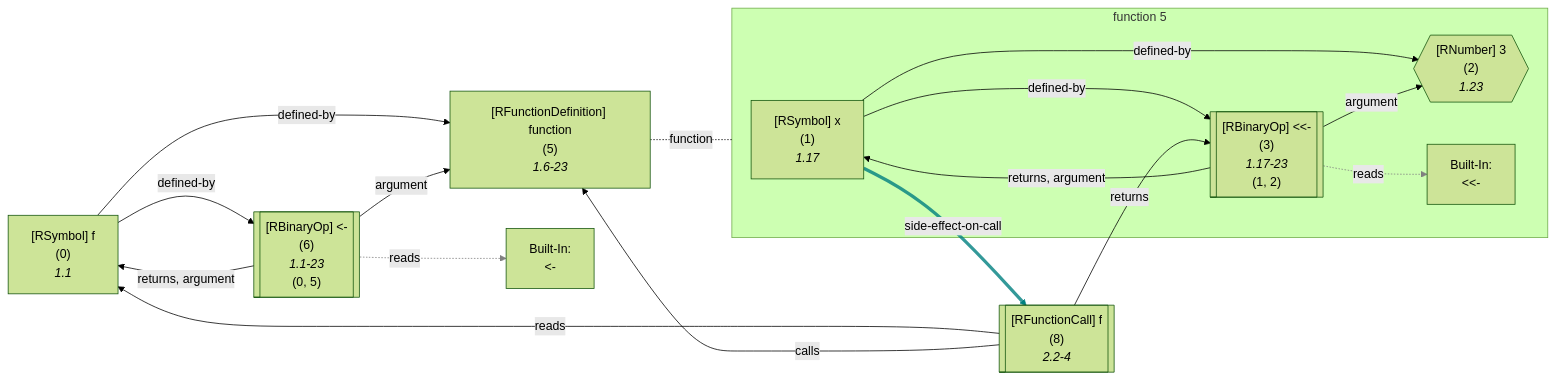
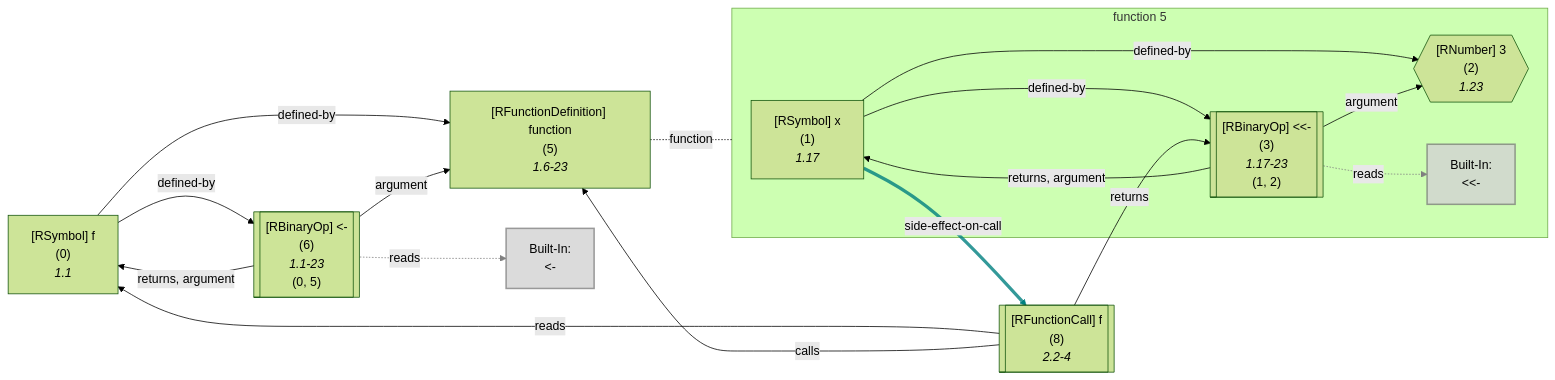
Before and after one commit to flowr-analysis/flowr: diagram 17 of 48 in wiki/Dataflow Graph.md, drawn with Mermaid (forest theme). The commit also changed other lines of this file and 4 other files, not shown here.

````diff
--- a/wiki/Dataflow Graph.md
+++ b/wiki/Dataflow Graph.md
@@ -2519,60 +2574,62 @@
 ```mermaid
 flowchart LR
     %% Environment of 5 [level: 0]:
     %% Built-in
     %% 325----------------------------------------
     %%   x: {**x** (id: 1, type: Variable, def. @3)}
     5["`#91;RFunctionDefinition#93; function
       (5)
       *1.6-23*`"]
 
 subgraph "flow-5" [function 5]
     2{{"`#91;RNumber#93; 3
       (2)
       *1.23*`"}}
     1["`#91;RSymbol#93; x
       (1)
       *1.17*`"]
     3[["`#91;RBinaryOp#93; #60;#60;#45;
       (3)
       *1.17-23*
     (1, 2)`"]]
     built-in:__-["`Built-In:
 #60;#60;#45;`"]
+    style built-in:__- stroke:gray,fill:lightgray,stroke-width:2px,opacity:.8;
 end
     0["`#91;RSymbol#93; f
       (0)
       *1.1*`"]
     6[["`#91;RBinaryOp#93; #60;#45;
       (6)
       *1.1-23*
     (0, 5)`"]]
     built-in:_-["`Built-In:
 #60;#45;`"]
+    style built-in:_- stroke:gray,fill:lightgray,stroke-width:2px,opacity:.8;
     %% Environment of 8 [level: 0]:
     %% Built-in
     %% 333----------------------------------------
     %%   f: {**f** (id: 0, type: Function, def. @6)}
     8[["`#91;RFunctionCall#93; f
       (8)
       *2.2-4*`"]]
     1 -->|"defined-by"| 2
     1 -->|"defined-by"| 3
     1 -->|"side-effect-on-call"| 8
     linkStyle 2 stroke:teal,stroke-width:4.2px,stroke-opacity:.8
     3 -->|"argument"| 2
     3 -->|"returns, argument"| 1
     3 -.->|"reads"| built-in:__-
     linkStyle 5 stroke:gray;
 5 -.-|function| flow-5
 
     0 -->|"defined-by"| 5
     0 -->|"defined-by"| 6
     6 -->|"argument"| 5
     6 -->|"returns, argument"| 0
     6 -.->|"reads"| built-in:_-
     linkStyle 11 stroke:gray;
     8 -->|"reads"| 0
     8 -->|"returns"| 3
     8 -->|"calls"| 5
 ```
````
